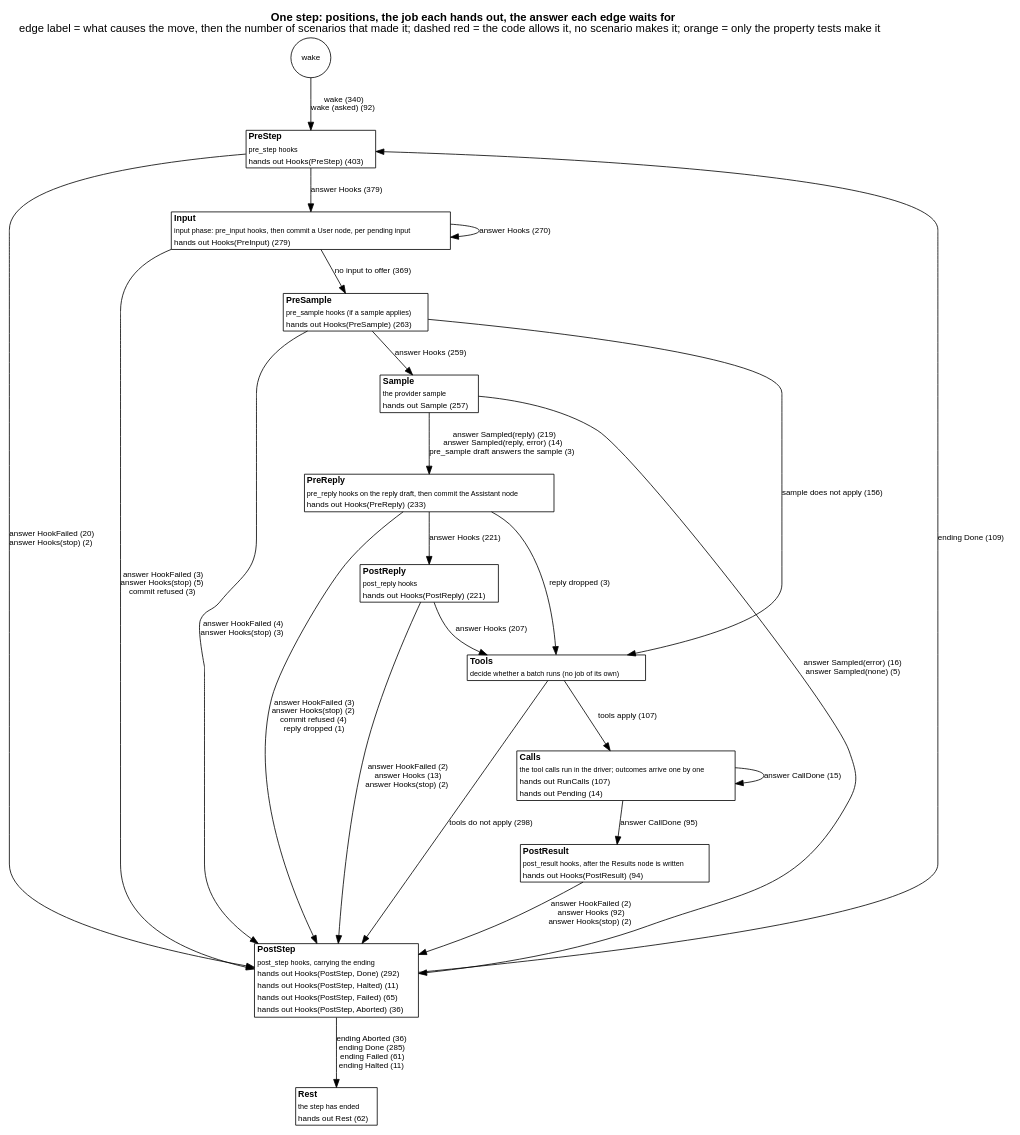
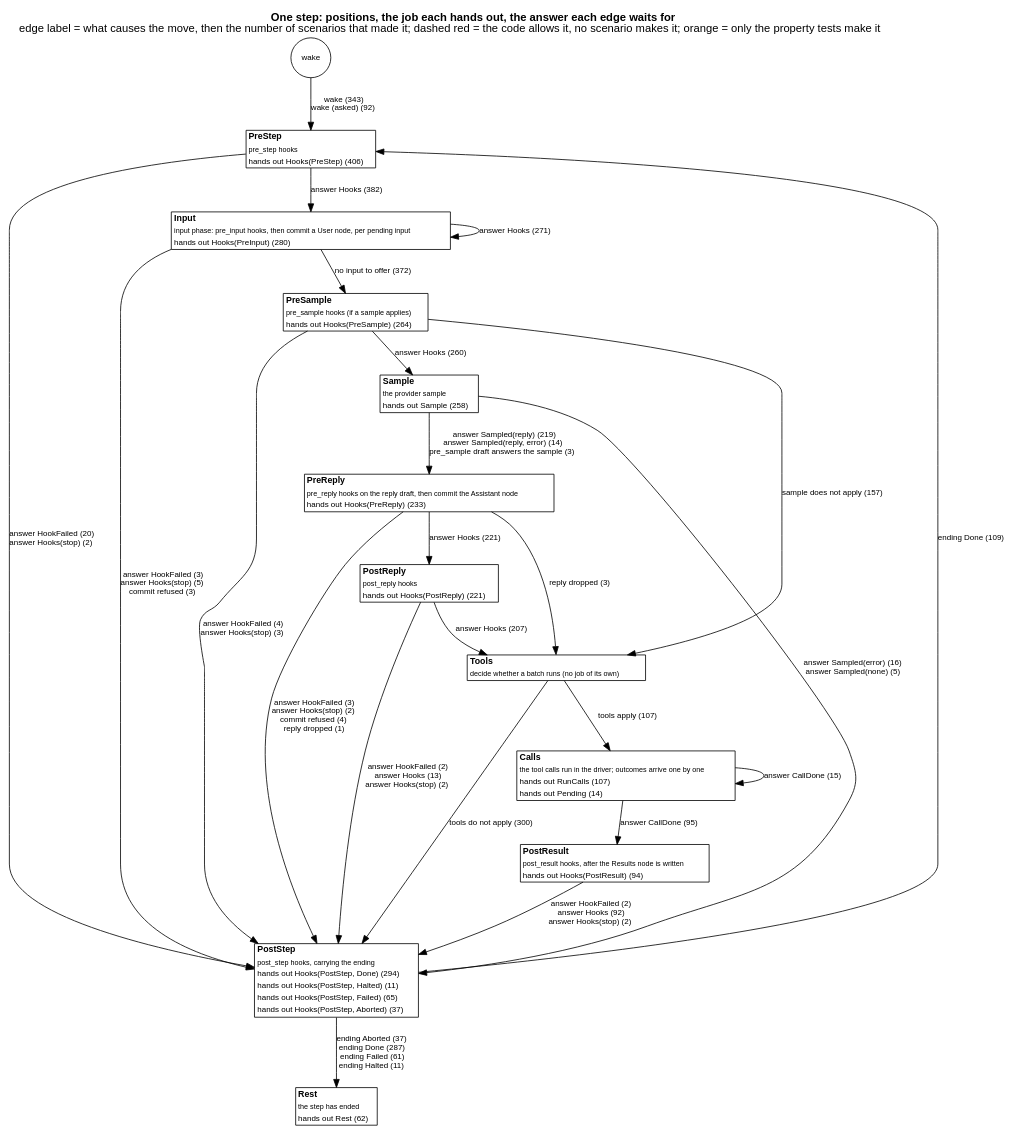
Before and after one commit to jmccardle/tau: the diagram in docs/as-built/diagrams/step-positions.dot, drawn with Graphviz. The commit also changed 9 other files, not shown here.

```diff
--- a/docs/as-built/diagrams/step-positions.dot
+++ b/docs/as-built/diagrams/step-positions.dot
@@ -1,41 +1,41 @@
 // Generated by scripts/diagrams.sh from the test suites' transitions. Do not edit.
 digraph step_positions {
   graph [rankdir=TB, fontname="Helvetica", nodesep=0.5, ranksep=0.6, labelloc=t, label=<<b>One step: positions, the job each hands out, the answer each edge waits for</b><br/>edge label = what causes the move, then the number of scenarios that made it; dashed red = the code allows it, no scenario makes it; orange = only the property tests make it>];
   node [shape=plain, fontname="Helvetica", fontsize=11];
   edge [fontname="Helvetica", fontsize=10];
   "(wake)" [shape=circle, label="wake", fontsize=10];
-  "PreStep" [label=<<table border="1" cellborder="0" cellspacing="0" bgcolor="white"><tr><td align="left"><b>PreStep</b></td></tr><tr><td align="left"><font point-size="9">pre_step hooks</font></td></tr><tr><td align="left"><font color="black" point-size="10">hands out Hooks(PreStep) (403)</font></td></tr></table>>];
-  "Input" [label=<<table border="1" cellborder="0" cellspacing="0" bgcolor="white"><tr><td align="left"><b>Input</b></td></tr><tr><td align="left"><font point-size="9">input phase: pre_input hooks, then commit a User node, per pending input</font></td></tr><tr><td align="left"><font color="black" point-size="10">hands out Hooks(PreInput) (279)</font></td></tr></table>>];
-  "PreSample" [label=<<table border="1" cellborder="0" cellspacing="0" bgcolor="white"><tr><td align="left"><b>PreSample</b></td></tr><tr><td align="left"><font point-size="9">pre_sample hooks (if a sample applies)</font></td></tr><tr><td align="left"><font color="black" point-size="10">hands out Hooks(PreSample) (263)</font></td></tr></table>>];
-  "Sample" [label=<<table border="1" cellborder="0" cellspacing="0" bgcolor="white"><tr><td align="left"><b>Sample</b></td></tr><tr><td align="left"><font point-size="9">the provider sample</font></td></tr><tr><td align="left"><font color="black" point-size="10">hands out Sample (257)</font></td></tr></table>>];
+  "PreStep" [label=<<table border="1" cellborder="0" cellspacing="0" bgcolor="white"><tr><td align="left"><b>PreStep</b></td></tr><tr><td align="left"><font point-size="9">pre_step hooks</font></td></tr><tr><td align="left"><font color="black" point-size="10">hands out Hooks(PreStep) (406)</font></td></tr></table>>];
+  "Input" [label=<<table border="1" cellborder="0" cellspacing="0" bgcolor="white"><tr><td align="left"><b>Input</b></td></tr><tr><td align="left"><font point-size="9">input phase: pre_input hooks, then commit a User node, per pending input</font></td></tr><tr><td align="left"><font color="black" point-size="10">hands out Hooks(PreInput) (280)</font></td></tr></table>>];
+  "PreSample" [label=<<table border="1" cellborder="0" cellspacing="0" bgcolor="white"><tr><td align="left"><b>PreSample</b></td></tr><tr><td align="left"><font point-size="9">pre_sample hooks (if a sample applies)</font></td></tr><tr><td align="left"><font color="black" point-size="10">hands out Hooks(PreSample) (264)</font></td></tr></table>>];
+  "Sample" [label=<<table border="1" cellborder="0" cellspacing="0" bgcolor="white"><tr><td align="left"><b>Sample</b></td></tr><tr><td align="left"><font point-size="9">the provider sample</font></td></tr><tr><td align="left"><font color="black" point-size="10">hands out Sample (258)</font></td></tr></table>>];
   "PreReply" [label=<<table border="1" cellborder="0" cellspacing="0" bgcolor="white"><tr><td align="left"><b>PreReply</b></td></tr><tr><td align="left"><font point-size="9">pre_reply hooks on the reply draft, then commit the Assistant node</font></td></tr><tr><td align="left"><font color="black" point-size="10">hands out Hooks(PreReply) (233)</font></td></tr></table>>];
   "PostReply" [label=<<table border="1" cellborder="0" cellspacing="0" bgcolor="white"><tr><td align="left"><b>PostReply</b></td></tr><tr><td align="left"><font point-size="9">post_reply hooks</font></td></tr><tr><td align="left"><font color="black" point-size="10">hands out Hooks(PostReply) (221)</font></td></tr></table>>];
   "Tools" [label=<<table border="1" cellborder="0" cellspacing="0" bgcolor="white"><tr><td align="left"><b>Tools</b></td></tr><tr><td align="left"><font point-size="9">decide whether a batch runs (no job of its own)</font></td></tr></table>>];
   "Calls" [label=<<table border="1" cellborder="0" cellspacing="0" bgcolor="white"><tr><td align="left"><b>Calls</b></td></tr><tr><td align="left"><font point-size="9">the tool calls run in the driver; outcomes arrive one by one</font></td></tr><tr><td align="left"><font color="black" point-size="10">hands out RunCalls (107)</font></td></tr><tr><td align="left"><font color="black" point-size="10">hands out Pending (14)</font></td></tr></table>>];
   "PostResult" [label=<<table border="1" cellborder="0" cellspacing="0" bgcolor="white"><tr><td align="left"><b>PostResult</b></td></tr><tr><td align="left"><font point-size="9">post_result hooks, after the Results node is written</font></td></tr><tr><td align="left"><font color="black" point-size="10">hands out Hooks(PostResult) (94)</font></td></tr></table>>];
-  "PostStep" [label=<<table border="1" cellborder="0" cellspacing="0" bgcolor="white"><tr><td align="left"><b>PostStep</b></td></tr><tr><td align="left"><font point-size="9">post_step hooks, carrying the ending</font></td></tr><tr><td align="left"><font color="black" point-size="10">hands out Hooks(PostStep, Done) (292)</font></td></tr><tr><td align="left"><font color="black" point-size="10">hands out Hooks(PostStep, Halted) (11)</font></td></tr><tr><td align="left"><font color="black" point-size="10">hands out Hooks(PostStep, Failed) (65)</font></td></tr><tr><td align="left"><font color="black" point-size="10">hands out Hooks(PostStep, Aborted) (36)</font></td></tr></table>>];
+  "PostStep" [label=<<table border="1" cellborder="0" cellspacing="0" bgcolor="white"><tr><td align="left"><b>PostStep</b></td></tr><tr><td align="left"><font point-size="9">post_step hooks, carrying the ending</font></td></tr><tr><td align="left"><font color="black" point-size="10">hands out Hooks(PostStep, Done) (294)</font></td></tr><tr><td align="left"><font color="black" point-size="10">hands out Hooks(PostStep, Halted) (11)</font></td></tr><tr><td align="left"><font color="black" point-size="10">hands out Hooks(PostStep, Failed) (65)</font></td></tr><tr><td align="left"><font color="black" point-size="10">hands out Hooks(PostStep, Aborted) (37)</font></td></tr></table>>];
   "Rest" [label=<<table border="1" cellborder="0" cellspacing="0" bgcolor="white"><tr><td align="left"><b>Rest</b></td></tr><tr><td align="left"><font point-size="9">the step has ended</font></td></tr><tr><td align="left"><font color="black" point-size="10">hands out Rest (62)</font></td></tr></table>>];
-  "(wake)" -> "PreStep" [label=<wake (340)<br/>wake (asked) (92)>, color="black", style=solid];
+  "(wake)" -> "PreStep" [label=<wake (343)<br/>wake (asked) (92)>, color="black", style=solid];
   "Calls" -> "Calls" [label=<answer CallDone (15)>, color="black", style=solid];
   "Calls" -> "PostResult" [label=<answer CallDone (95)>, color="black", style=solid];
-  "Input" -> "Input" [label=<answer Hooks (270)>, color="black", style=solid];
+  "Input" -> "Input" [label=<answer Hooks (271)>, color="black", style=solid];
   "Input" -> "PostStep" [label=<answer HookFailed (3)<br/>answer Hooks(stop) (5)<br/>commit refused (3)>, color="black", style=solid];
-  "Input" -> "PreSample" [label=<no input to offer (369)>, color="black", style=solid];
+  "Input" -> "PreSample" [label=<no input to offer (372)>, color="black", style=solid];
   "PostReply" -> "PostStep" [label=<answer HookFailed (2)<br/>answer Hooks (13)<br/>answer Hooks(stop) (2)>, color="black", style=solid];
   "PostReply" -> "Tools" [label=<answer Hooks (207)>, color="black", style=solid];
   "PostResult" -> "PostStep" [label=<answer HookFailed (2)<br/>answer Hooks (92)<br/>answer Hooks(stop) (2)>, color="black", style=solid];
   "PostStep" -> "PreStep" [label=<ending Done (109)>, color="black", style=solid];
-  "PostStep" -> "Rest" [label=<ending Aborted (36)<br/>ending Done (285)<br/>ending Failed (61)<br/>ending Halted (11)>, color="black", style=solid];
+  "PostStep" -> "Rest" [label=<ending Aborted (37)<br/>ending Done (287)<br/>ending Failed (61)<br/>ending Halted (11)>, color="black", style=solid];
   "PreReply" -> "PostReply" [label=<answer Hooks (221)>, color="black", style=solid];
   "PreReply" -> "PostStep" [label=<answer HookFailed (3)<br/>answer Hooks(stop) (2)<br/>commit refused (4)<br/>reply dropped (1)>, color="black", style=solid];
   "PreReply" -> "Tools" [label=<reply dropped (3)>, color="black", style=solid];
   "PreSample" -> "PostStep" [label=<answer HookFailed (4)<br/>answer Hooks(stop) (3)>, color="black", style=solid];
-  "PreSample" -> "Sample" [label=<answer Hooks (259)>, color="black", style=solid];
-  "PreSample" -> "Tools" [label=<sample does not apply (156)>, color="black", style=solid];
-  "PreStep" -> "Input" [label=<answer Hooks (379)>, color="black", style=solid];
+  "PreSample" -> "Sample" [label=<answer Hooks (260)>, color="black", style=solid];
+  "PreSample" -> "Tools" [label=<sample does not apply (157)>, color="black", style=solid];
+  "PreStep" -> "Input" [label=<answer Hooks (382)>, color="black", style=solid];
   "PreStep" -> "PostStep" [label=<answer HookFailed (20)<br/>answer Hooks(stop) (2)>, color="black", style=solid];
   "Sample" -> "PostStep" [label=<answer Sampled(error) (16)<br/>answer Sampled(none) (5)>, color="black", style=solid];
   "Sample" -> "PreReply" [label=<answer Sampled(reply) (219)<br/>answer Sampled(reply, error) (14)<br/>pre_sample draft answers the sample (3)>, color="black", style=solid];
   "Tools" -> "Calls" [label=<tools apply (107)>, color="black", style=solid];
-  "Tools" -> "PostStep" [label=<tools do not apply (298)>, color="black", style=solid];
+  "Tools" -> "PostStep" [label=<tools do not apply (300)>, color="black", style=solid];
 }
```
